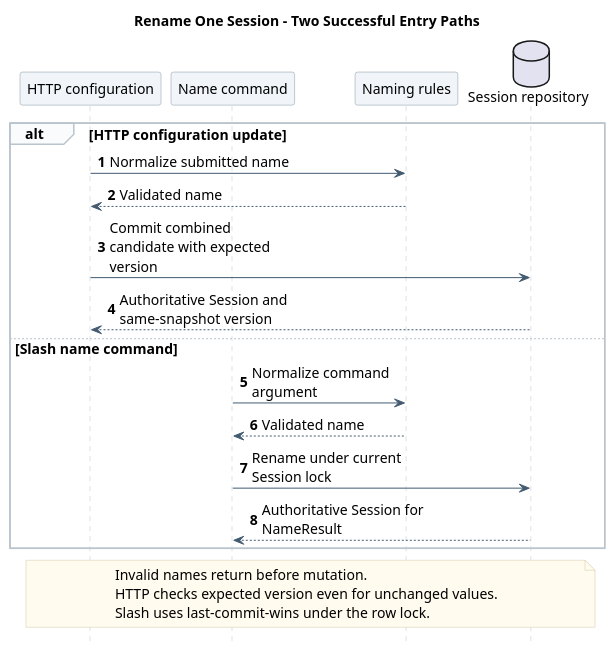
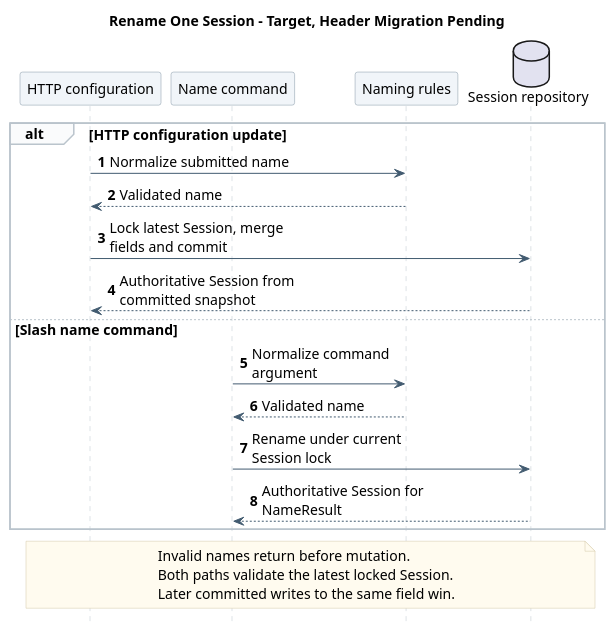
One commit to ssm0808/pi-mono-java-design changed the second of 3 diagrams in 04-命令与技能/01-内置命令/设计图/diagram.puml. Above: the diagram before and after it, drawn with PlantUML. The commit also changed 58 other files, not shown here.

```diff
--- a/04-命令与技能/01-内置命令/设计图/diagram.puml
+++ b/04-命令与技能/01-内置命令/设计图/diagram.puml
@@ -61,48 +61,48 @@
 @startuml session_name_update
 ' Source evidence: pi-mono-java@09b32d8ea4a4b43b34be302d8b2745bdc417c9a2.
 ' modules/coding-agent-cli/src/main/java/com/campusclaw/codingagent/runtimeapi/service/command/SessionNamingService.java :: execute, normalizeName.
 ' modules/coding-agent-cli/src/main/java/com/campusclaw/codingagent/runtimeapi/session/RuntimeSessionConfigurationService.java :: requireMutableSession.
 ' modules/coding-agent-cli/src/main/java/com/campusclaw/codingagent/runtimeapi/persistence/RuntimeSessionRepository.java :: updateName.
 ' Observed behavior: slash name owns an independent row-locked update with no expected version.
 ' Observed behavior at 53eff85c: runtimeapi/session/RuntimeSessionUpdateService.java update and normalizeName share ClawConstants.Session rules and commit a combined candidate.
 ' Design reason: shared name rules do not require HTTP to call a separately committing command.
 ' Presentation: one responsibility-level scenario; implementation details remain in the linked document.
 skinparam backgroundColor white
 skinparam defaultFontName SansSerif
 skinparam defaultFontSize 14
 skinparam shadowing false
 skinparam sequenceMessageAlign left
 skinparam maxMessageSize 180
 skinparam sequenceArrowColor #425B70
 skinparam sequenceLifeLineBorderColor #BAC4CC
 skinparam sequenceParticipantBackgroundColor #F1F5F9
 skinparam sequenceParticipantBorderColor #8496A4
 skinparam sequenceGroupBackgroundColor #FAFBFC
 skinparam sequenceGroupBorderColor #BAC4CC
 skinparam noteBackgroundColor #FFFBEF
 skinparam noteBorderColor #D2C6A5
 hide footbox
 autonumber
 
-title Rename One Session - Two Successful Entry Paths
+title Rename One Session - Target, Header Migration Pending
 participant "HTTP configuration" as API
 participant "Name command" as Command
 participant "Naming rules" as Rules
 database "Session repository" as Repo
 alt HTTP configuration update
   API -> Rules : Normalize submitted name
   Rules --> API : Validated name
-  API -> Repo : Commit combined candidate with expected version
-  Repo --> API : Authoritative Session and same-snapshot version
+  API -> Repo : Lock latest Session, merge fields and commit
+  Repo --> API : Authoritative Session from committed snapshot
 else Slash name command
   Command -> Rules : Normalize command argument
   Rules --> Command : Validated name
   Command -> Repo : Rename under current Session lock
   Repo --> Command : Authoritative Session for NameResult
 end
 note over API,Repo
   Invalid names return before mutation.
-  HTTP checks expected version even for unchanged values.
-  Slash uses last-commit-wins under the row lock.
+  Both paths validate the latest locked Session.
+  Later committed writes to the same field win.
 end note
 @enduml
```
